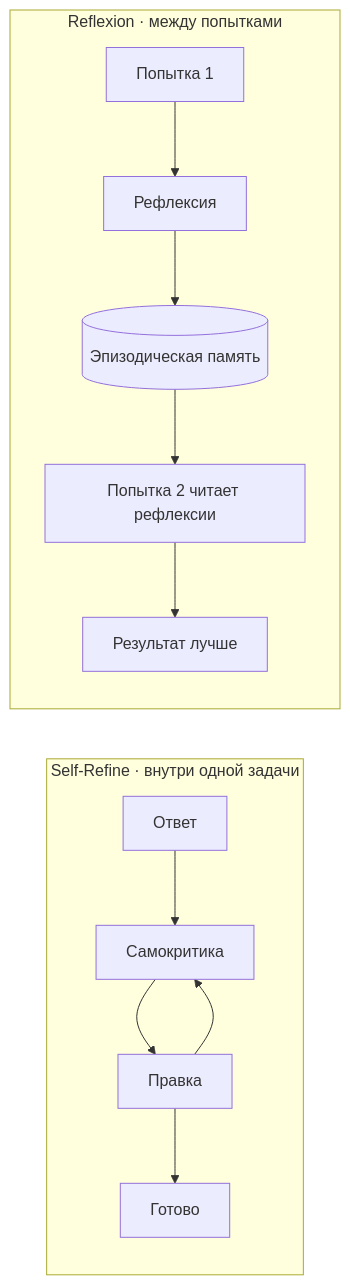
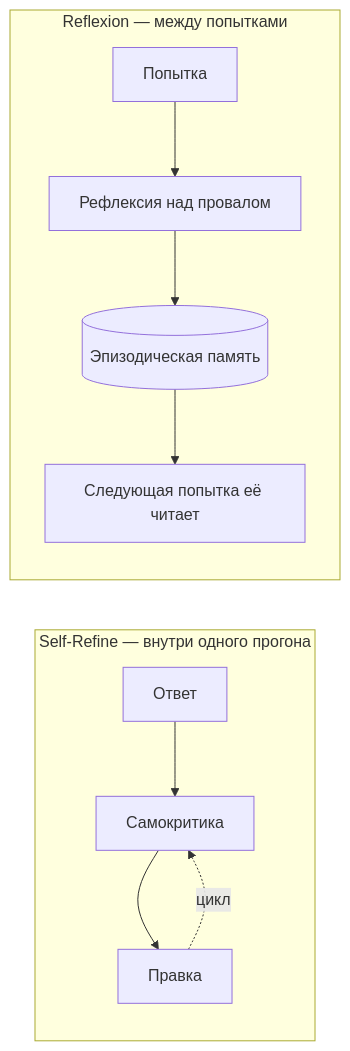
One commit to NikolaiSachok/ai-engineering-handbook changed the second of 3 diagrams in i18n/ru/docusaurus-plugin-content-docs/current/part-2-agents/planning-loops/deep-dive.md. Above: the diagram before and after it, drawn with Mermaid. The commit also changed other lines of this file and 21 other files, not shown here.

First line of the commit message:
fix(i18n): reconcile 28 drifted diagrams and make the parity gate read inside a fence (#453)

````diff
--- a/i18n/ru/docusaurus-plugin-content-docs/current/part-2-agents/planning-loops/deep-dive.md
+++ b/i18n/ru/docusaurus-plugin-content-docs/current/part-2-agents/planning-loops/deep-dive.md
@@ -122,15 +117,13 @@
 ```mermaid
 flowchart LR
-    subgraph SR["Self-Refine · внутри одной задачи"]
-        G1["Ответ"] --> F1["Самокритика"]
-        F1 --> R1["Правка"]
-        R1 --> F1
-        R1 --> Done1["Готово"]
+    subgraph SR["Self-Refine — внутри одного прогона"]
+        G["Ответ"] --> Fb["Самокритика"]
+        Fb --> Rf["Правка"]
+        Rf -. "цикл" .-> Fb
     end
-    subgraph RX["Reflexion · между попытками"]
-        T1["Попытка 1"] --> Ref1["Рефлексия"]
-        Ref1 --> Buf[("Эпизодическая память")]
-        Buf --> T2["Попытка 2 читает рефлексии"]
-        T2 --> Done2["Результат лучше"]
+    subgraph RX["Reflexion — между попытками"]
+        At["Попытка"] --> Re["Рефлексия над провалом"]
+        Re --> Buf[("Эпизодическая память")]
+        Buf --> Nx["Следующая попытка её читает"]
     end
 ```
````
